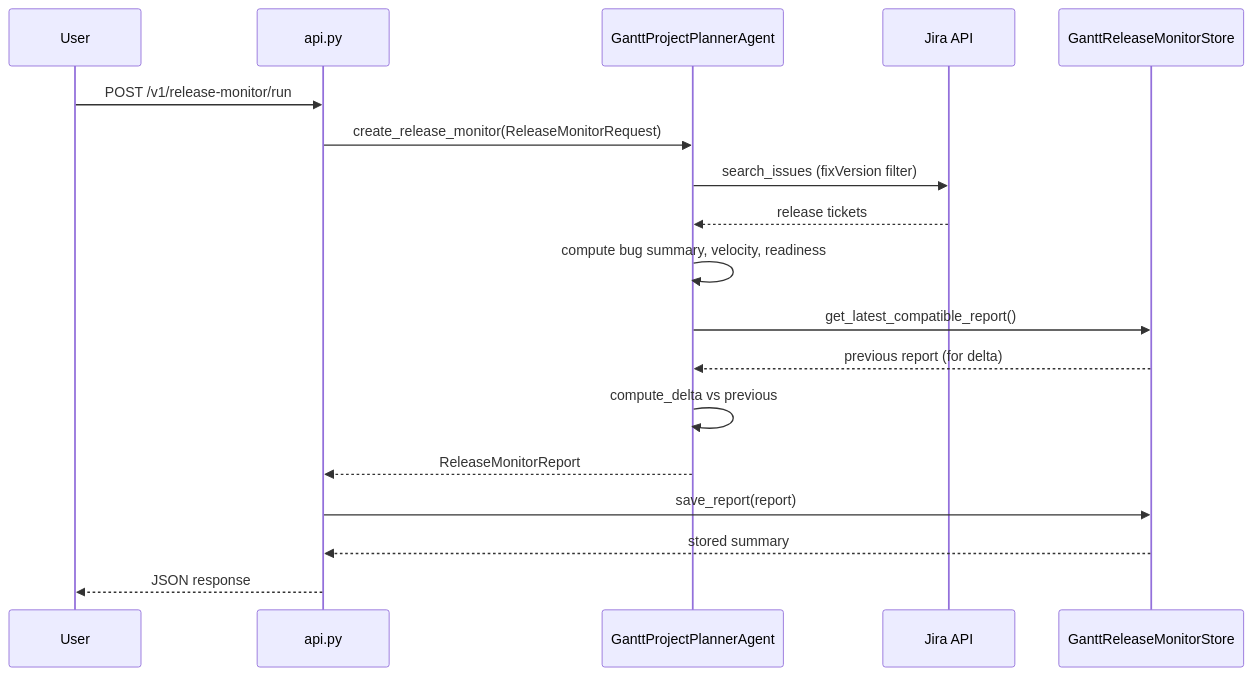
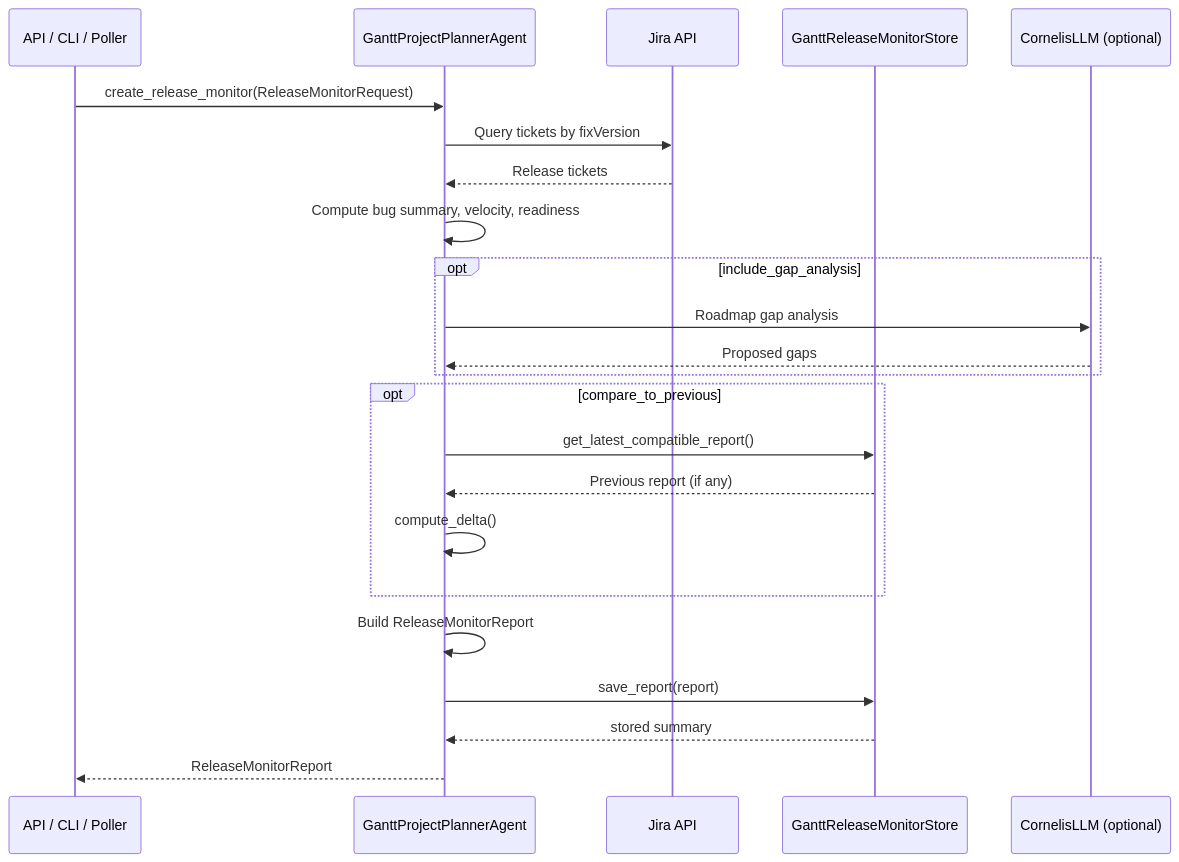
Before and after one commit to jmac-cornelis/agent-workforce: the third of 4 diagrams in docs/agents-gantt.md, drawn with Mermaid. The commit also changed other lines of this file and 7 other files, not shown here.

````diff
--- a/docs/agents-gantt.md
+++ b/docs/agents-gantt.md
@@ -105,21 +115,26 @@
 ```mermaid
 sequenceDiagram
-    participant User
-    participant API as api.py
+    participant Caller as API / CLI / Poller
     participant Agent as GanttProjectPlannerAgent
     participant Jira as Jira API
     participant RMStore as GanttReleaseMonitorStore
+    participant LLM as CornelisLLM (optional)
 
-    User->>API: POST /v1/release-monitor/run
-    API->>Agent: create_release_monitor(ReleaseMonitorRequest)
-    Agent->>Jira: search_issues (fixVersion filter)
-    Jira-->>Agent: release tickets
-    Agent->>Agent: compute bug summary, velocity, readiness
-    Agent->>RMStore: get_latest_compatible_report()
-    RMStore-->>Agent: previous report (for delta)
-    Agent->>Agent: compute_delta vs previous
-    Agent-->>API: ReleaseMonitorReport
-    API->>RMStore: save_report(report)
-    RMStore-->>API: stored summary
-    API-->>User: JSON response
+    Caller->>Agent: create_release_monitor(ReleaseMonitorRequest)
+    Agent->>Jira: Query tickets by fixVersion
+    Jira-->>Agent: Release tickets
+    Agent->>Agent: Compute bug summary, velocity, readiness
+    opt include_gap_analysis
+        Agent->>LLM: Roadmap gap analysis
+        LLM-->>Agent: Proposed gaps
+    end
+    opt compare_to_previous
+        Agent->>RMStore: get_latest_compatible_report()
+        RMStore-->>Agent: Previous report (if any)
+        Agent->>Agent: compute_delta()
+    end
+    Agent->>Agent: Build ReleaseMonitorReport
+    Agent->>RMStore: save_report(report)
+    RMStore-->>Agent: stored summary
+    Agent-->>Caller: ReleaseMonitorReport
 ```
````
